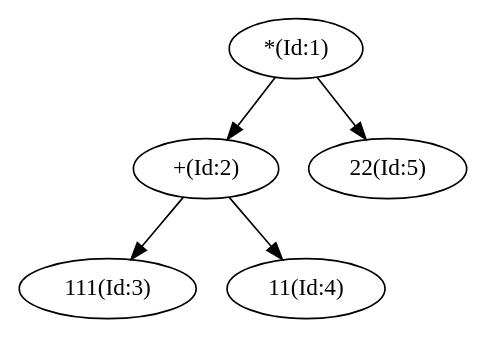
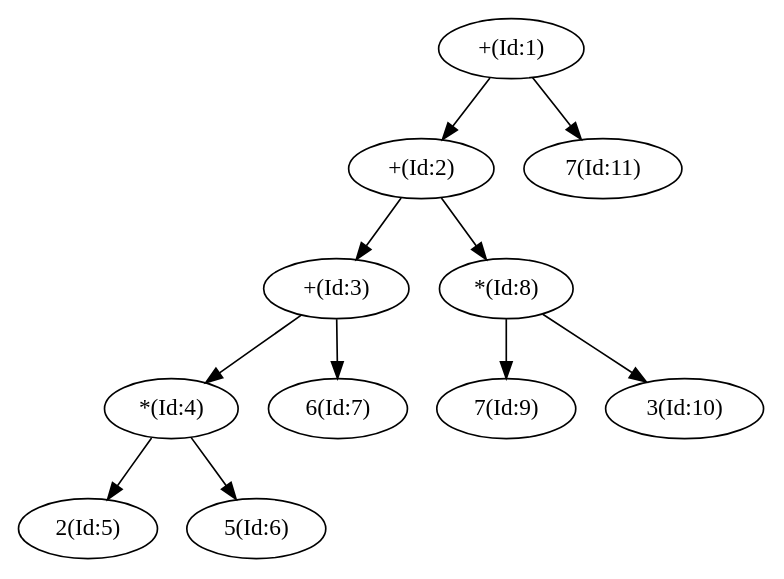
The diagram in Compiler/SyntacticalAnalyzerGenerator/LangFiles/astTree.dot (egoshin-igor/StateMachine), drawn with Graphviz before and after one commit. The commit also changed 6 other files, not shown here.

```diff
--- a/Compiler/SyntacticalAnalyzerGenerator/LangFiles/astTree.dot
+++ b/Compiler/SyntacticalAnalyzerGenerator/LangFiles/astTree.dot
@@ -1,1 +1,1 @@
-digraph G{"*(Id:1)"->"+(Id:2)";"*(Id:1)"->"22(Id:5)";"+(Id:2)"->"111(Id:3)";"+(Id:2)"->"11(Id:4)";}
+digraph G{"+(Id:1)"->"+(Id:2)";"+(Id:1)"->"7(Id:11)";"+(Id:2)"->"+(Id:3)";"+(Id:2)"->"*(Id:8)";"+(Id:3)"->"*(Id:4)";"+(Id:3)"->"6(Id:7)";"*(Id:4)"->"2(Id:5)";"*(Id:4)"->"5(Id:6)";"*(Id:8)"->"7(Id:9)";"*(Id:8)"->"3(Id:10)";}
```
